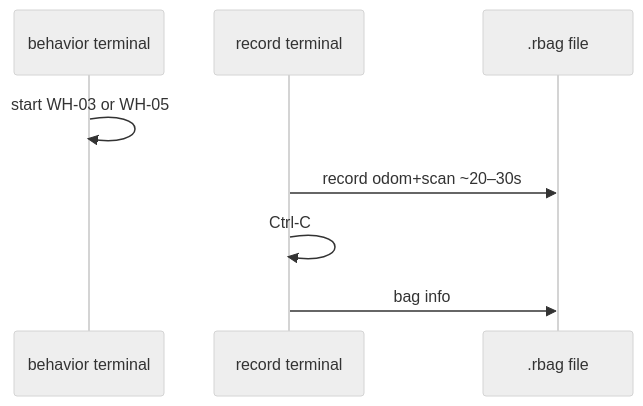
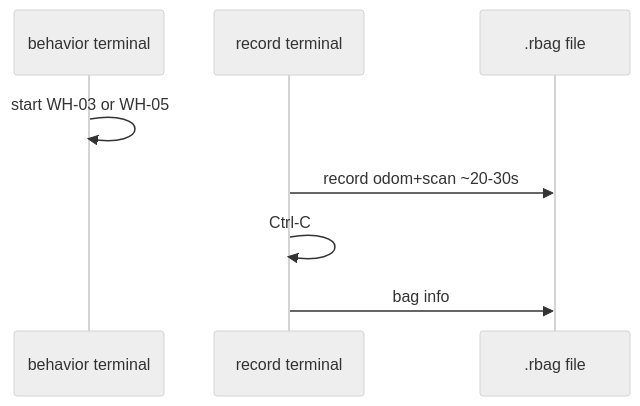
The second of 2 diagrams in docs/ebook/chapters/ch09-bags-evidence.md (drsanti/robotos-workshop), drawn with Mermaid (neutral theme) before and after one commit. The commit also changed 122 other files, not shown here.

````diff
--- a/docs/ebook/chapters/ch09-bags-evidence.md
+++ b/docs/ebook/chapters/ch09-bags-evidence.md
@@ -41,10 +41,10 @@
 ```mermaid
 sequenceDiagram
   participant B as behavior terminal
   participant R as record terminal
   participant F as .rbag file
   B->>B: start WH-03 or WH-05
-  R->>F: record odom+scan ~20–30s
+  R->>F: record odom+scan ~20-30s
   R->>R: Ctrl-C
   R->>F: bag info
 ```
````
